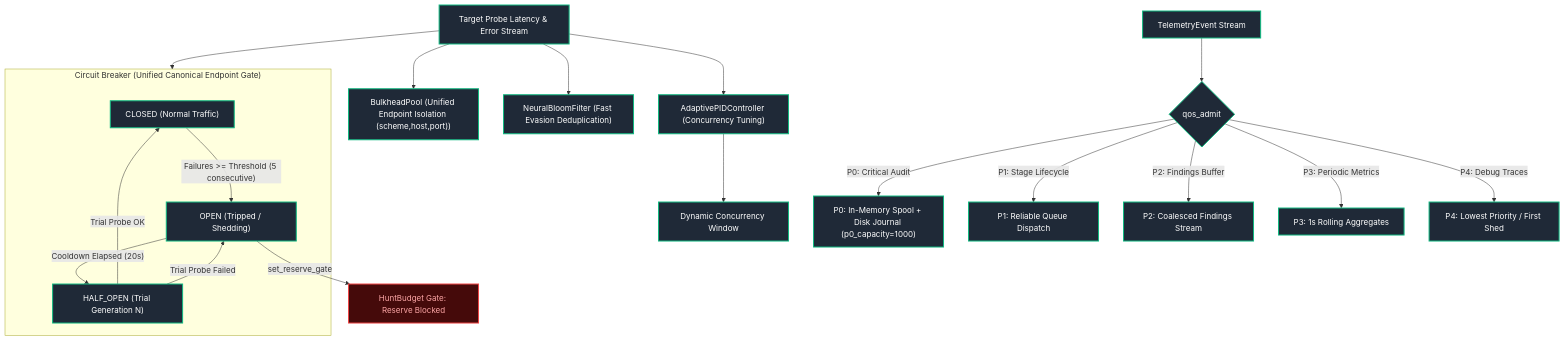
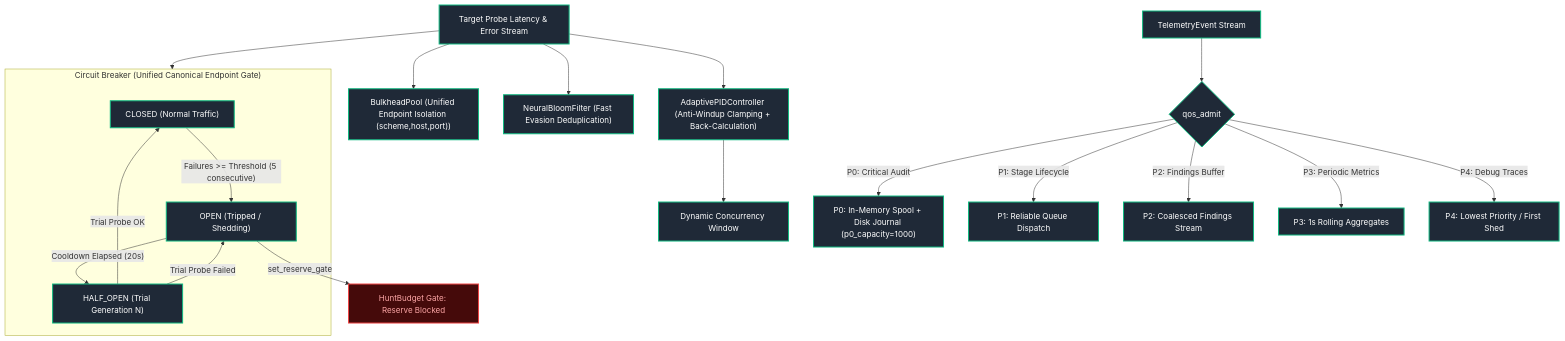
The ninth of 16 diagrams in docs/flowchart.md (AviralGup7/Singularity-Zero), drawn with Mermaid before and after one commit. The commit also changed 2 other files, not shown here.

Commit message:
feat(flow-control): implement back-calculation anti-windup and integral clamping in AdaptivePIDController

````diff
--- a/docs/flowchart.md
+++ b/docs/flowchart.md
@@ -655,28 +655,28 @@
 ```mermaid
 flowchart TD
     classDef impl fill:#1f2937,stroke:#10b981,stroke-width:2px,color:#fff;
     classDef singleNode fill:#1e293b,stroke:#0ea5e9,stroke-width:1px,stroke-dasharray:3 3,color:#fff;
     classDef library fill:#334155,stroke:#64748b,stroke-width:1px,color:#fff;
     classDef specOnly fill:#1e1b4b,stroke:#818cf8,stroke-width:1px,stroke-dasharray:4 4,color:#fff;
     classDef vacuous fill:#27272a,stroke:#71717a,stroke-width:1px,color:#a1a1aa;
     classDef forbidden fill:#450a0a,stroke:#ef4444,stroke-width:2px,color:#fca5a5;
 
-    Load["Target Probe Latency & Error Stream"]:::impl --> PID["AdaptivePIDController (Concurrency Tuning)"]:::impl
+    Load["Target Probe Latency & Error Stream"]:::impl --> PID["AdaptivePIDController (Anti-Windup Clamping + Back-Calculation)"]:::impl
     PID --> Conc["Dynamic Concurrency Window"]:::impl
     Load --> Bulk["BulkheadPool (Unified Endpoint Isolation (scheme,host,port))"]:::impl
     Load --> Bloom["NeuralBloomFilter (Fast Evasion Deduplication)"]:::impl
     Load --> CB
     subgraph CB["Circuit Breaker (Unified Canonical Endpoint Gate)"]
         CLOSED["CLOSED (Normal Traffic)"]:::impl -->|"Failures >= Threshold (5 consecutive)"| OPEN["OPEN (Tripped / Shedding)"]:::impl
         OPEN -->|"Cooldown Elapsed (20s)"| HALF_OPEN["HALF_OPEN (Trial Generation N)"]:::impl
         HALF_OPEN -->|"Trial Probe OK"| CLOSED
         HALF_OPEN -->|"Trial Probe Failed"| OPEN
     end
     OPEN -->|"set_reserve_gate"| NoTicket["HuntBudget Gate: Reserve Blocked"]:::forbidden
     Evt["TelemetryEvent Stream"]:::impl --> Q{"qos_admit"}:::impl
     Q -->|P0: Critical Audit| P0["P0: In-Memory Spool + Disk Journal (p0_capacity=1000)"]:::impl
     Q -->|P1: Stage Lifecycle| P1["P1: Reliable Queue Dispatch"]:::impl
     Q -->|P2: Findings Buffer| P2["P2: Coalesced Findings Stream"]:::impl
     Q -->|P3: Periodic Metrics| P3["P3: 1s Rolling Aggregates"]:::impl
     Q -->|P4: Debug Traces| P4["P4: Lowest Priority / First Shed"]:::impl
 ```
````
